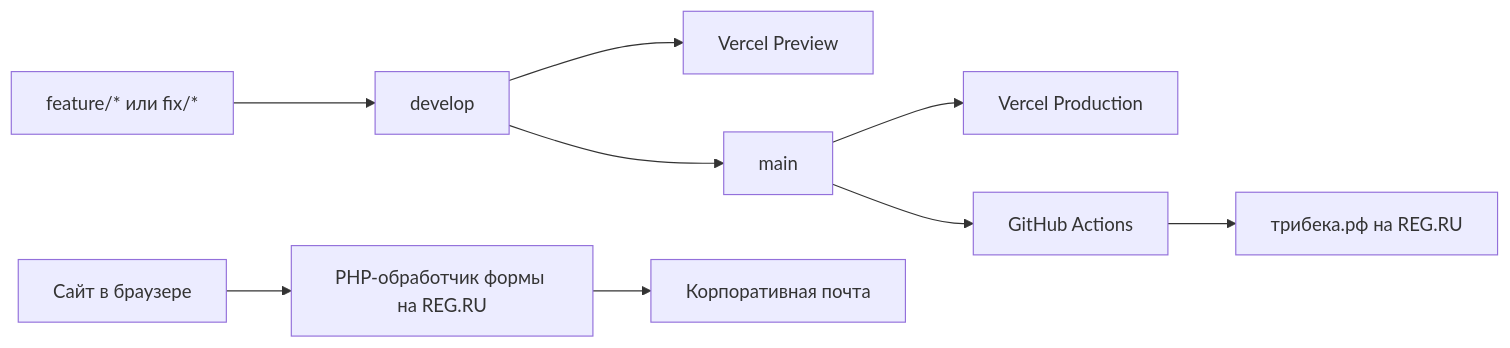
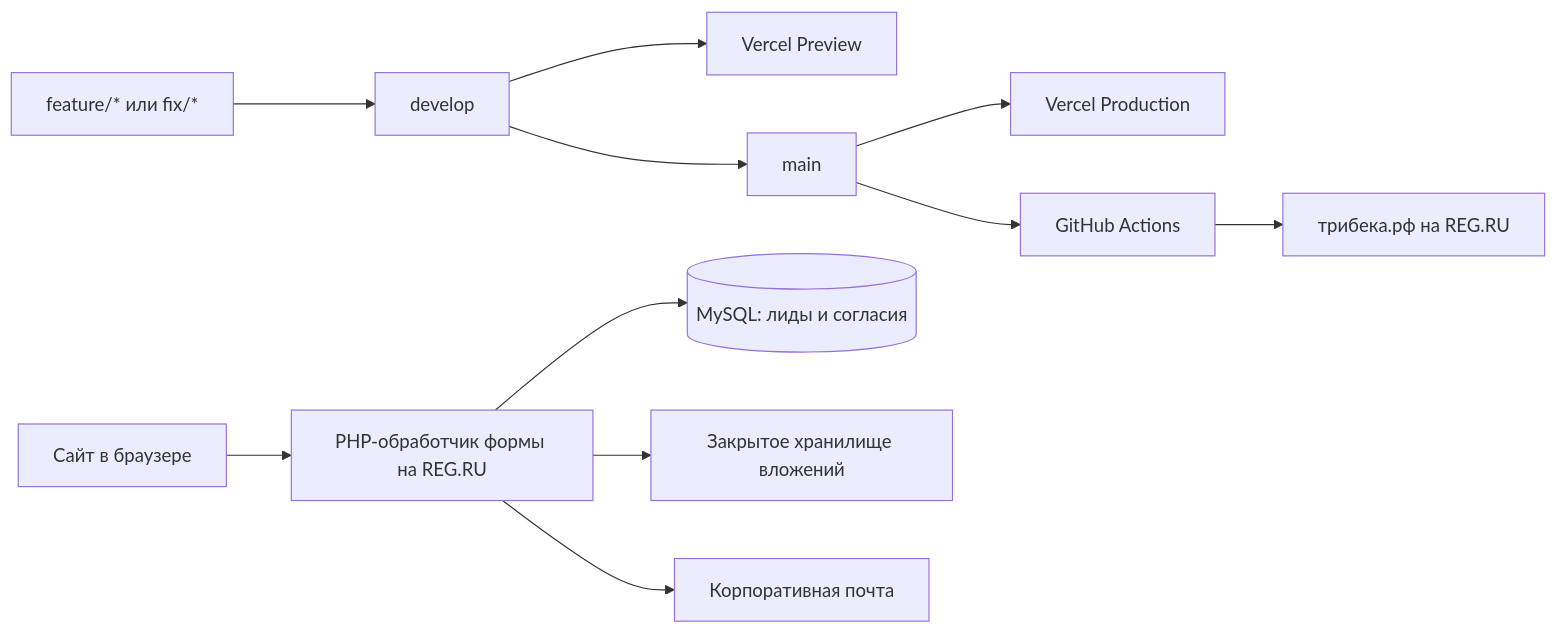
The diagram in README.md (sstarovoitovv/tribeka), drawn with Mermaid before and after one commit. The commit also changed other lines of this file and 13 other files, not shown here.

Commit message:
Persist form submissions as MySQL leads

````diff
--- a/README.md
+++ b/README.md
@@ -26,11 +27,13 @@
 ```mermaid
 flowchart LR
     DEV[feature/* или fix/*] --> DEVELOP[develop]
     DEVELOP --> VP[Vercel Preview]
     DEVELOP --> MAIN[main]
     MAIN --> VPROD[Vercel Production]
     MAIN --> ACTIONS[GitHub Actions]
     ACTIONS --> REG[трибека.рф на REG.RU]
     SITE[Сайт в браузере] --> FORM[PHP-обработчик формы на REG.RU]
+    FORM --> DB[(MySQL: лиды и согласия)]
+    FORM --> FILES[Закрытое хранилище вложений]
     FORM --> EMAIL[Корпоративная почта]
 ```
````
